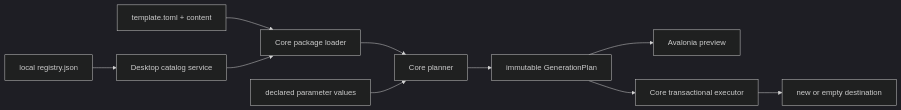
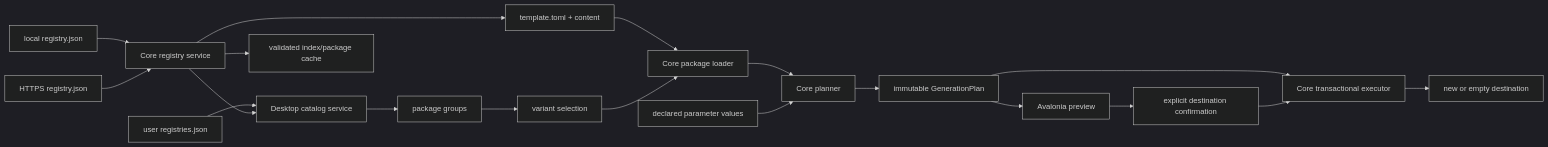
One commit to klonkerdev/klonker changed the diagram in docs/architecture.md. Above: the diagram before and after it, drawn with Mermaid (dark theme). The commit also changed other lines of this file and 86 other files, not shown here.

````diff
--- a/docs/architecture.md
+++ b/docs/architecture.md
@@ -18,12 +65,21 @@
 ```mermaid
 flowchart LR
-    Registry[local registry.json] --> DesktopService[Desktop catalog service]
+    Config[user registries.json] --> DesktopService[Desktop catalog service]
+    Local[local registry.json] --> RegistryCore[Core registry service]
+    Remote[HTTPS registry.json] --> RegistryCore
+    RegistryCore --> Cache[validated index/package cache]
+    RegistryCore --> DesktopService
+    DesktopService --> Families[package groups]
+    Families --> Variants[variant selection]
+    RegistryCore --> Package[template.toml + content]
     Package[template.toml + content] --> Loader[Core package loader]
-    DesktopService --> Loader
+    Variants --> Loader
     Loader --> Planner[Core planner]
     Values[declared parameter values] --> Planner
     Planner --> Plan[immutable GenerationPlan]
     Plan --> Preview[Avalonia preview]
+    Preview --> Confirm[explicit destination confirmation]
     Plan --> Executor[Core transactional executor]
+    Confirm --> Executor
     Executor --> Output[new or empty destination]
 ```
````
